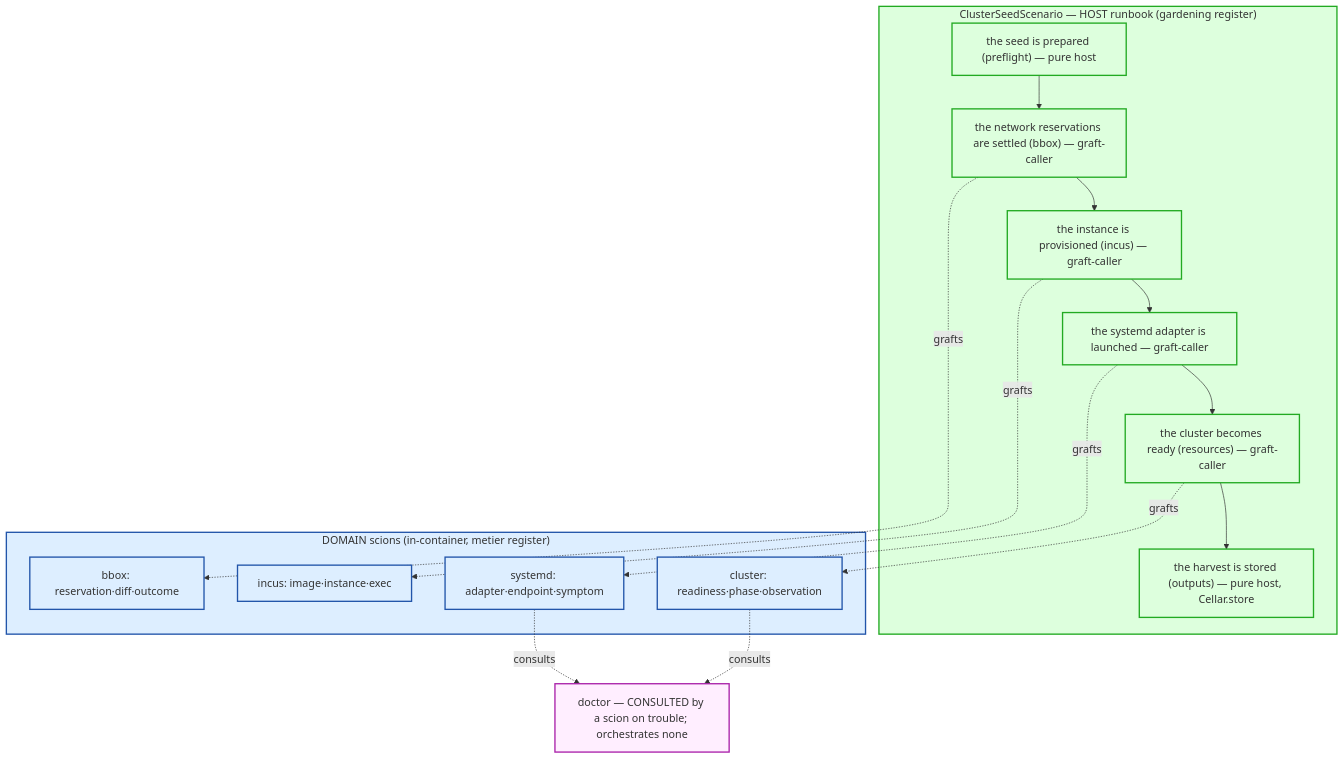
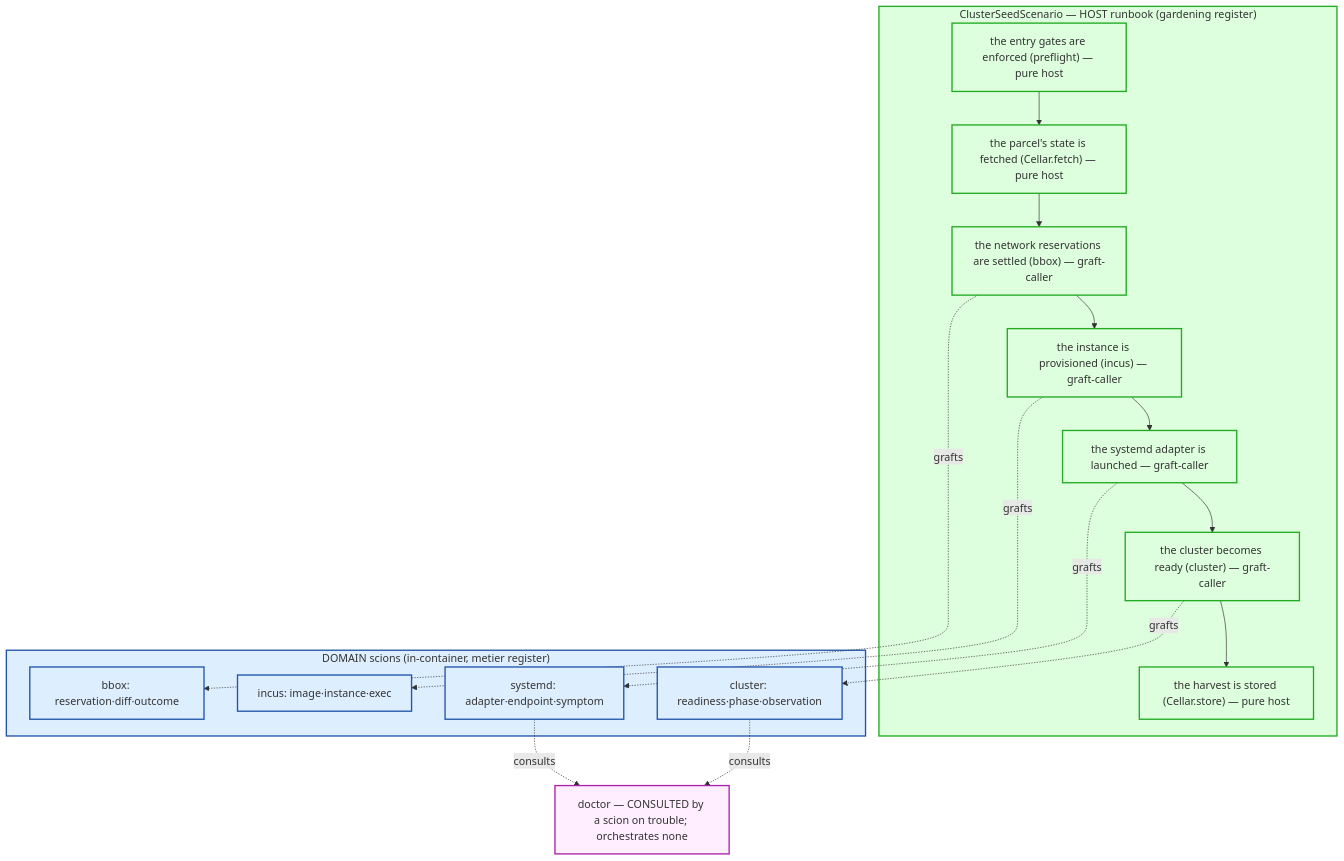
One commit to nxmatic/rke2lab changed the fourth of 4 diagrams in docs/architecture/bdd/bdd.adoc. Above: the diagram before and after it, drawn with Mermaid. The commit also changed other lines of this file and 1 other file, not shown here.

Commit message:
docs(seed): freeze the root scenario — the cellar bookends the runbook (fetch opens, store closes)
The ClusterSeed root scenario gains its opening Cellar.fetch, split from
preflight (two distinct pure-host concerns):
- preflight = the entry gates (clean worktree, flake lock) — the right to sow,
  gates nothing open.
- Cellar.fetch = read the parcel's state — where we start from (idempotent sowing).

So the host runbook is 7 steps: preflight → Cellar.fetch → 4 graft-callers
(bbox·incus·systemd·cluster, the dependency chain whose terminal fruit is "the
cluster answers ready") → Cellar.store. The cellar bookends: fetch opens, store
closes; between them everything is cultivated FRESH — no scion reads the cellar
(the cluster scion probes the live cluster; the manifests graft is grown fresh).

bdd.adoc: updated the mermaid + the sentence listing + the bookend note.
atlas/seed.adoc: Diagram R AFTER box aligned (preflight · fetch · sow · store).

```diff
--- a/docs/architecture/bdd/bdd.adoc
+++ b/docs/architecture/bdd/bdd.adoc
@@ -383,33 +383,34 @@
 [mermaid]
 ....
 flowchart TB
   subgraph root["ClusterSeedScenario — HOST runbook (gardening register)"]
-    r0["the seed is prepared (preflight) — pure host"]
+    r0["the entry gates are enforced (preflight) — pure host"]
+    rc["the parcel's state is fetched (Cellar.fetch) — pure host"]
     r1["the network reservations are settled (bbox) — graft-caller"]
     r2["the instance is provisioned (incus) — graft-caller"]
     r3["the systemd adapter is launched — graft-caller"]
-    r4["the cluster becomes ready (resources) — graft-caller"]
-    r5["the harvest is stored (outputs) — pure host, Cellar.store"]
-    r0 --> r1 --> r2 --> r3 --> r4 --> r5
+    r4["the cluster becomes ready (cluster) — graft-caller"]
+    r5["the harvest is stored (Cellar.store) — pure host"]
+    r0 --> rc --> r1 --> r2 --> r3 --> r4 --> r5
   end
   subgraph scions["DOMAIN scions (in-container, metier register)"]
     s1["bbox: reservation·diff·outcome"]
     s2["incus: image·instance·exec"]
     s3["systemd: adapter·endpoint·symptom"]
     s4["cluster: readiness·phase·observation"]
   end
   doctor["doctor — CONSULTED by a scion on trouble; orchestrates none"]
   r1 -.grafts.-> s1
   r2 -.grafts.-> s2
   r3 -.grafts.-> s3
   r4 -.grafts.-> s4
   s3 -.consults.-> doctor
   s4 -.consults.-> doctor
 
   classDef host fill:#dfd,stroke:#2a2,stroke-width:2px;
   classDef dom fill:#def,stroke:#25a,stroke-width:2px;
   classDef doc fill:#fef,stroke:#a2a,stroke-width:2px;
-  class root,r0,r1,r2,r3,r4,r5 host;
+  class root,r0,rc,r1,r2,r3,r4,r5 host;
   class scions,s1,s2,s3,s4 dom;
   class doctor doc;
 ....
```
